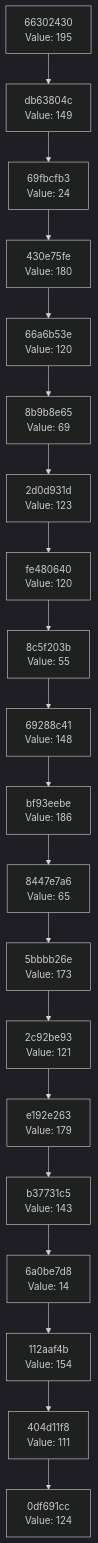
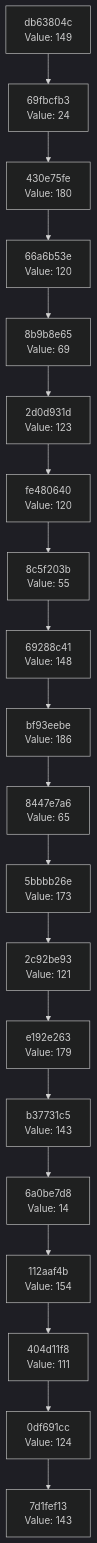
Before and after one commit to Abhisheksinha1506/hash-chain-evolver: the diagram in docs/CHAIN_VISUALIZATION.md, drawn with Mermaid (dark theme). The commit also changed 2 other files, not shown here.

Commit message:
Evolution step: hash 0x8F → action executed

````diff
--- a/docs/CHAIN_VISUALIZATION.md
+++ b/docs/CHAIN_VISUALIZATION.md
@@ -3,42 +3,42 @@
 ```mermaid
 graph TD
-    C0["0df691cc<br/>Value: 124"]
-    C1["404d11f8<br/>Value: 111"]
+    C0["7d1fef13<br/>Value: 143"]
+    C1["0df691cc<br/>Value: 124"]
     C1 --> C0
-    C2["112aaf4b<br/>Value: 154"]
+    C2["404d11f8<br/>Value: 111"]
     C2 --> C1
-    C3["6a0be7d8<br/>Value: 14"]
+    C3["112aaf4b<br/>Value: 154"]
     C3 --> C2
-    C4["b37731c5<br/>Value: 143"]
+    C4["6a0be7d8<br/>Value: 14"]
     C4 --> C3
-    C5["e192e263<br/>Value: 179"]
+    C5["b37731c5<br/>Value: 143"]
     C5 --> C4
-    C6["2c92be93<br/>Value: 121"]
+    C6["e192e263<br/>Value: 179"]
     C6 --> C5
-    C7["5bbbb26e<br/>Value: 173"]
+    C7["2c92be93<br/>Value: 121"]
     C7 --> C6
-    C8["8447e7a6<br/>Value: 65"]
+    C8["5bbbb26e<br/>Value: 173"]
     C8 --> C7
-    C9["bf93eebe<br/>Value: 186"]
+    C9["8447e7a6<br/>Value: 65"]
     C9 --> C8
-    C10["69288c41<br/>Value: 148"]
+    C10["bf93eebe<br/>Value: 186"]
     C10 --> C9
-    C11["8c5f203b<br/>Value: 55"]
+    C11["69288c41<br/>Value: 148"]
     C11 --> C10
-    C12["fe480640<br/>Value: 120"]
+    C12["8c5f203b<br/>Value: 55"]
     C12 --> C11
-    C13["2d0d931d<br/>Value: 123"]
+    C13["fe480640<br/>Value: 120"]
     C13 --> C12
-    C14["8b9b8e65<br/>Value: 69"]
+    C14["2d0d931d<br/>Value: 123"]
     C14 --> C13
-    C15["66a6b53e<br/>Value: 120"]
+    C15["8b9b8e65<br/>Value: 69"]
     C15 --> C14
-    C16["430e75fe<br/>Value: 180"]
+    C16["66a6b53e<br/>Value: 120"]
     C16 --> C15
-    C17["69fbcfb3<br/>Value: 24"]
+    C17["430e75fe<br/>Value: 180"]
     C17 --> C16
-    C18["db63804c<br/>Value: 149"]
+    C18["69fbcfb3<br/>Value: 24"]
     C18 --> C17
-    C19["66302430<br/>Value: 195"]
+    C19["db63804c<br/>Value: 149"]
     C19 --> C18
 ```
````
